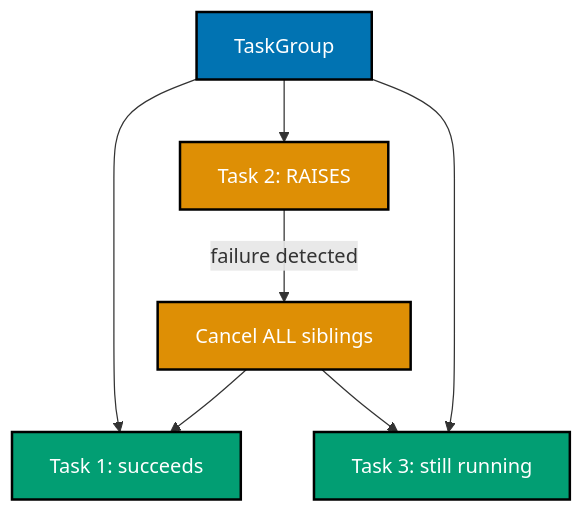
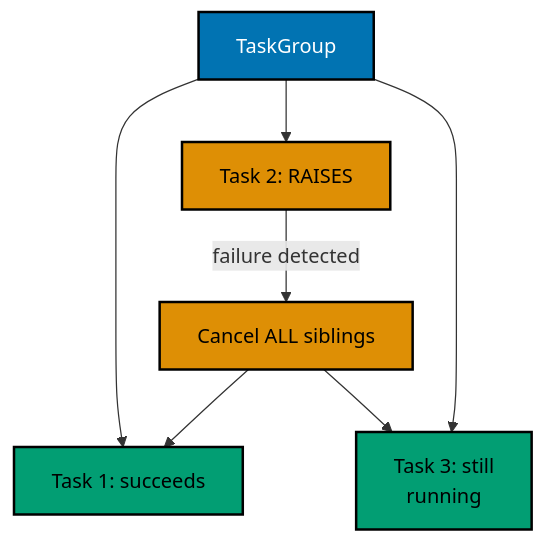
Before and after one commit to wahidyankf/ose-public: the fourth of 15 diagrams in apps/ayokoding-www/content/en/learn/courses/concurrency-and-parallelism/learning/advanced.md, drawn with Mermaid. The commit also changed other lines of this file and 144 other files, not shown here.

First line of the commit message:
fix(mermaid): bring the first half of the courses diagrams onto the accessible palette

````diff
--- a/apps/ayokoding-www/content/en/learn/courses/concurrency-and-parallelism/learning/advanced.md
+++ b/apps/ayokoding-www/content/en/learn/courses/concurrency-and-parallelism/learning/advanced.md
@@ -1208,14 +1217,17 @@
 ```mermaid
 %% Color Palette: Blue #0173B2, Orange #DE8F05, Teal #029E73, Purple #CC78BC
 flowchart TD
+    accTitle: Example 68: asyncio.TaskGroup -- One Failure Cancels ALL Its Siblings
+    accDescr: Flowchart with 5 nodes and 6 connections. Nodes: TaskGroup, Task 1: succeeds, Task 2: RAISES, Task 3: still running, Cancel ALL siblings. Connections: TaskGroup to Task 1: succeeds, TaskGroup to Task 2: RAISES, TaskGroup to Task 3: still running, Task 2: RAISES to Cancel ALL siblings (failure detected), Cancel ALL siblings to Task 1: succeeds, Cancel ALL siblings to Task 3: still running.
     TG["TaskGroup"]:::blue --> T1["Task 1: succeeds"]:::teal
     TG --> T2["Task 2: RAISES"]:::orange
-    TG --> T3["Task 3: still running"]:::teal
+    TG --> T3["Task 3: still<br/>running"]:::teal
     T2 -->|"failure detected"| Cancel["Cancel ALL siblings"]:::orange
     Cancel --> T1
     Cancel --> T3
 
     classDef blue fill:#0173B2,stroke:#000000,color:#FFFFFF,stroke-width:2px
-    classDef orange fill:#DE8F05,stroke:#000000,color:#FFFFFF,stroke-width:2px
-    classDef teal fill:#029E73,stroke:#000000,color:#FFFFFF,stroke-width:2px
+    classDef orange fill:#DE8F05,stroke:#000000,color:#000000,stroke-width:2px
+    classDef teal fill:#029E73,stroke:#000000,color:#000000,stroke-width:2px
+    classDef default fill:#FFFFFF,stroke:#000000,color:#000000
 ```
````
